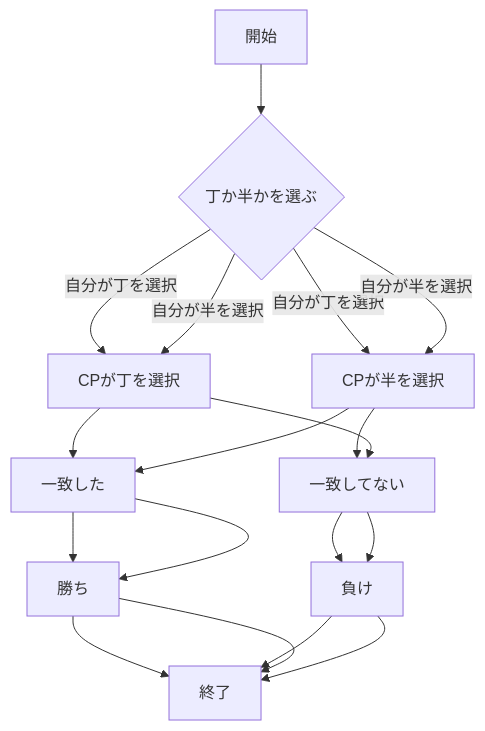
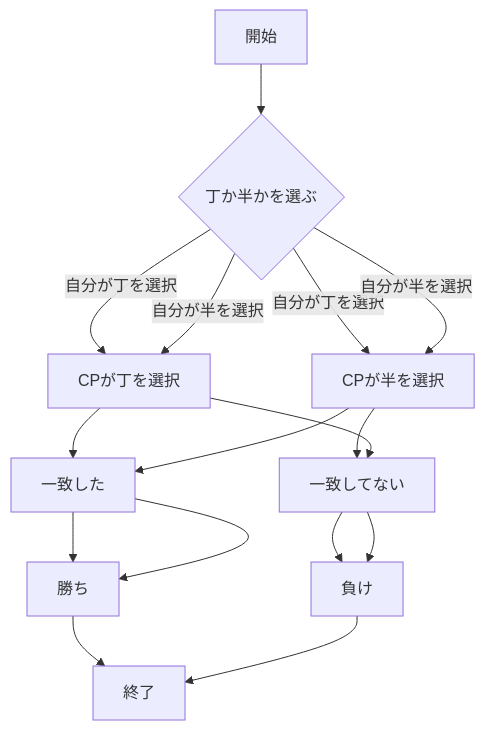
Before and after one commit to km919/webpro_06: the eighth of 9 diagrams in README.md, drawn with Mermaid.

Commit message:
12月27日2:23に編集済

````diff
--- a/README.md
+++ b/README.md
@@ -291,15 +291,15 @@
 ```mermaid
 flowchart TD;
 start["開始"];
 end1["終了"]
 if{"丁か半かを選ぶ"}
 start --> if
 if --> |自分が丁を選択| CPが丁を選択
 CPが丁を選択 --> 一致した --> 勝ち --> end1
 if --> |自分が丁を選択| CPが半を選択
 CPが半を選択 --> 一致してない --> 負け --> end1
 if --> |自分が半を選択| CPが半を選択
-CPが半を選択 --> 一致した --> 勝ち --> end1
+CPが半を選択 --> 一致した --> 勝ち 
 if --> |自分が半を選択| CPが丁を選択
-CPが丁を選択 --> 一致してない --> 負け --> end1
+CPが丁を選択 --> 一致してない --> 負け
 ```
````
